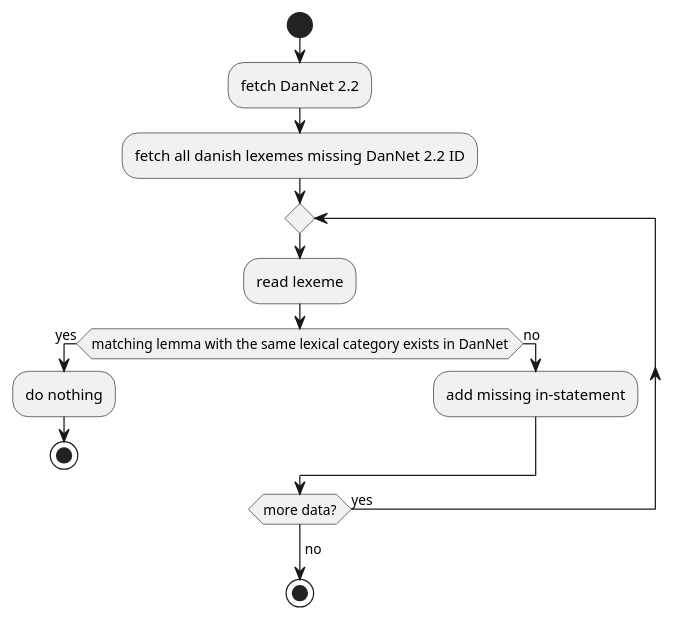
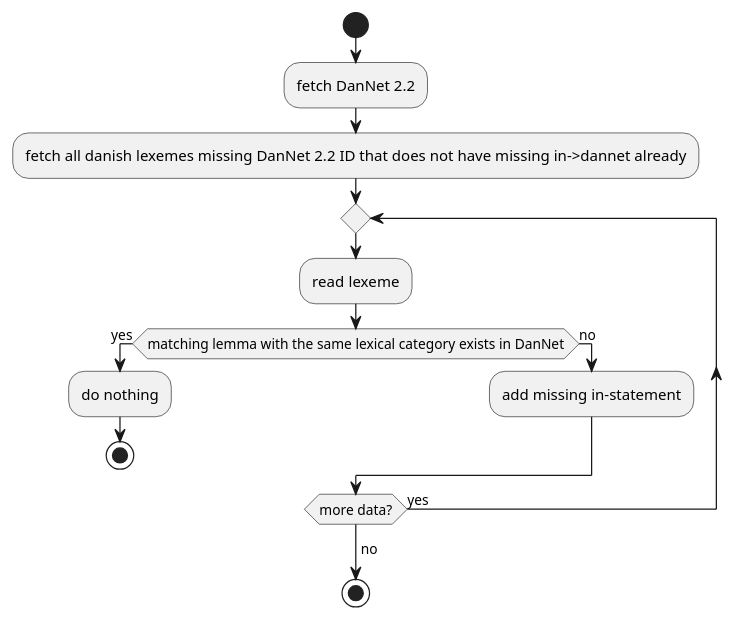
Before and after one commit to dpriskorn/LexDanNet: the diagram in diagrams/missing_in_workflow.puml, drawn with PlantUML. The commit also changed 1 other file, not shown here.

Commit message:
docs: Update diagram

```diff
--- a/diagrams/missing_in_workflow.puml
+++ b/diagrams/missing_in_workflow.puml
@@ -1,19 +1,19 @@
 @startuml
 'https://plantuml.com/activity-diagram
 
 start
 :fetch DanNet 2.2;
-:fetch all danish lexemes missing DanNet 2.2 ID;
+:fetch all danish lexemes missing DanNet 2.2 ID that does not have missing in->dannet already;
 repeat
 :read lexeme;
 if (matching lemma with the same lexical category exists in DanNet) then (yes)
   :do nothing;
   stop
 else (no)
   :add missing in-statement;
 endif
 repeat while (more data?) is (yes)
 ->no;
 stop
 
 @enduml
```
